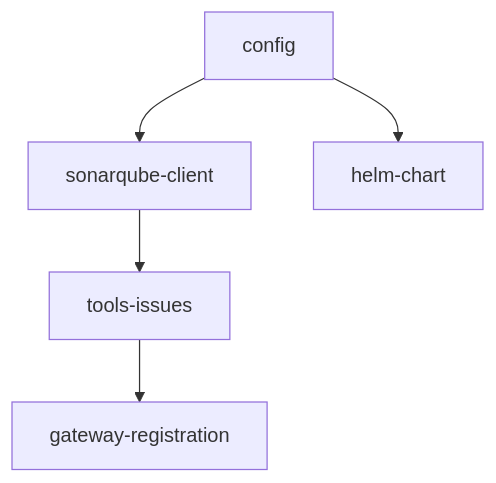
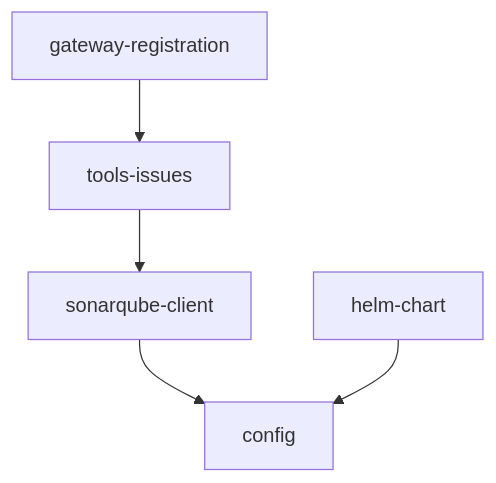
One commit to roygabriel/sonar-mcp changed the diagram in docs/PLAN.md. Above: the diagram before and after it, drawn with Mermaid. The commit also changed other lines of this file and 2 other files, not shown here.

````diff
--- a/docs/PLAN.md
+++ b/docs/PLAN.md
@@ -11,7 +11,7 @@
 ```mermaid
 graph TD
-    config[config] --> sonarqube-client[sonarqube-client]
-    sonarqube-client --> tools-issues[tools-issues]
-    tools-issues --> gateway-registration[gateway-registration]
-    config --> helm-chart[helm-chart]
+    sonarqube-client[sonarqube-client] --> config[config]
+    tools-issues[tools-issues] --> sonarqube-client[sonarqube-client]
+    gateway-registration[gateway-registration] --> tools-issues[tools-issues]
+    helm-chart[helm-chart] --> config[config]
 ```
````
